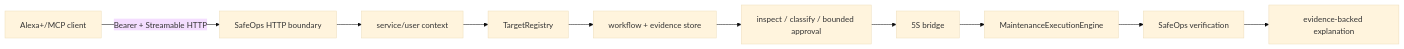
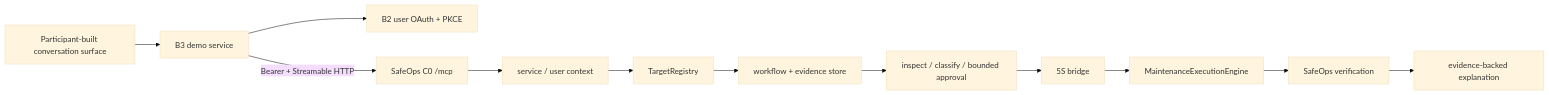
One commit to tohoff82/5s-mcp changed the second of 2 diagrams in docs/02-ARCHITECTURE.md. Above: the diagram before and after it, drawn with Mermaid (base theme). The commit also changed other lines of this file and 10 other files, not shown here.

Commit message:
docs(hackathon): converge SafeOps submission evidence

````diff
--- a/docs/02-ARCHITECTURE.md
+++ b/docs/02-ARCHITECTURE.md
@@ -53,12 +53,14 @@
 ```mermaid
 flowchart LR
-  A["Alexa+/MCP client"] -->|"Bearer + Streamable HTTP"| H["SafeOps HTTP boundary"]
-  H --> I["service/user context"]
+  U["Participant-built conversation surface"] --> D["B3 demo service"]
+  D --> O["B2 user OAuth + PKCE"]
+  D -->|Bearer + Streamable HTTP| H["SafeOps C0 /mcp"]
+  H --> I["service / user context"]
   I --> T["TargetRegistry"]
   T --> W["workflow + evidence store"]
   W --> P["inspect / classify / bounded approval"]
   P --> B["5S bridge"]
   B --> E["MaintenanceExecutionEngine"]
   E --> V["SafeOps verification"]
   V --> X["evidence-backed explanation"]
 ```
````
